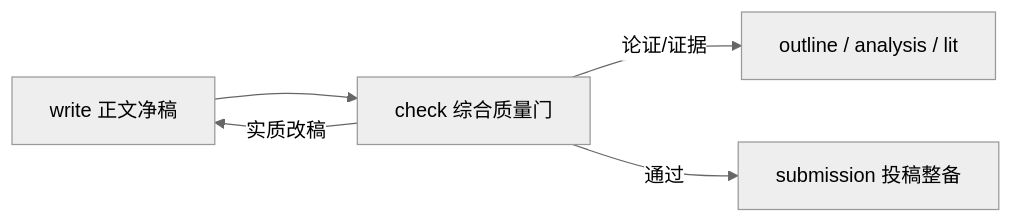
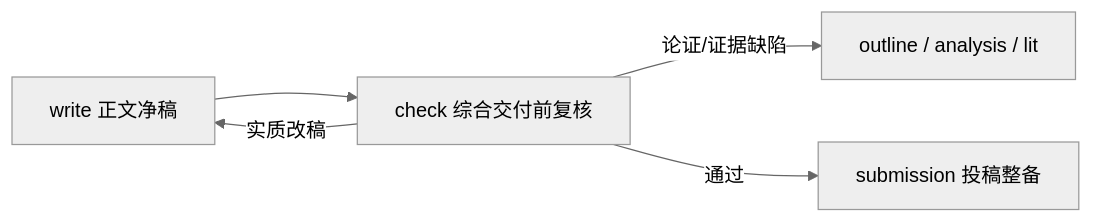
The diagram in SKILL.md (JingYangYuan/paper-check-4ss), drawn with Mermaid (neutral theme) before and after one commit. The commit also changed other lines of this file and 47 other files, not shown here.

````diff
--- a/SKILL.md
+++ b/SKILL.md
@@ -78,7 +83,7 @@
 ```mermaid
 flowchart LR
-  W[write 正文净稿] --> C[check 综合质量门]
-  C -->|论证/证据| O[outline / analysis / lit]
+  W[write 正文净稿] --> C[check 综合交付前复核]
+  C -->|论证/证据缺陷| O[outline / analysis / lit]
   C -->|实质改稿| W
   C -->|通过| S[submission 投稿整备]
 ```
````
